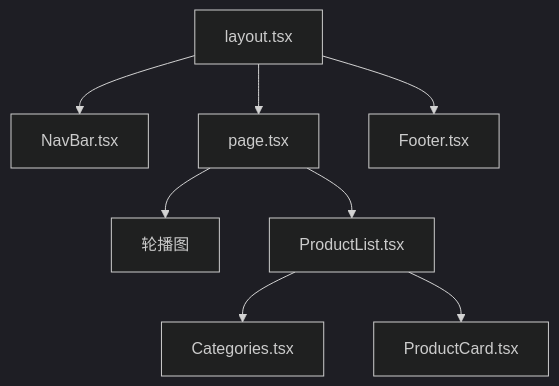
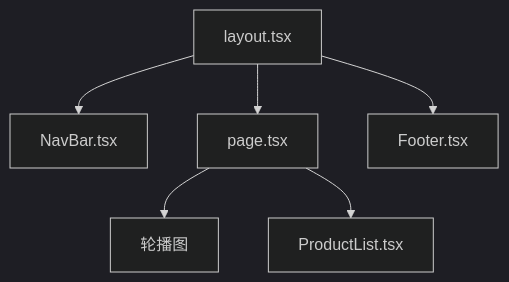
The diagram in source/_posts/Blender网站源码/流程图.md (wealipay/blog), drawn with Mermaid (dark theme) before and after one commit.

```diff
--- a/source/_posts/Blender网站源码/流程图.md
+++ b/source/_posts/Blender网站源码/流程图.md
@@ -10,16 +10,12 @@
 {% mermaid %}
 graph TD;
 layout.tsx-->NavBar.tsx;
 click NavBar.tsx "https://blog.wealipay.top/posts/navbar.html";
 layout.tsx-->page.tsx;
 click page.tsx "https://blog.wealipay.top/posts/page.html";
 layout.tsx-->Footer.tsx;
 click Footer.tsx "https://blog.wealipay.top/posts/footer.html";
 page.tsx-->轮播图;
 page.tsx-->ProductList.tsx;
-click ProductList.tsx "https://blog.wealipay.top/posts/productlist.html";
-ProductList.tsx-->Categories.tsx;
-click Categories.tsx "https://blog.wealipay.top/posts/categories.html";
-ProductList.tsx-->ProductCard.tsx;
-click ProductCard.tsx "https://blog.wealipay.top/posts/productcard.html";
+
 {% endmermaid %}
```
